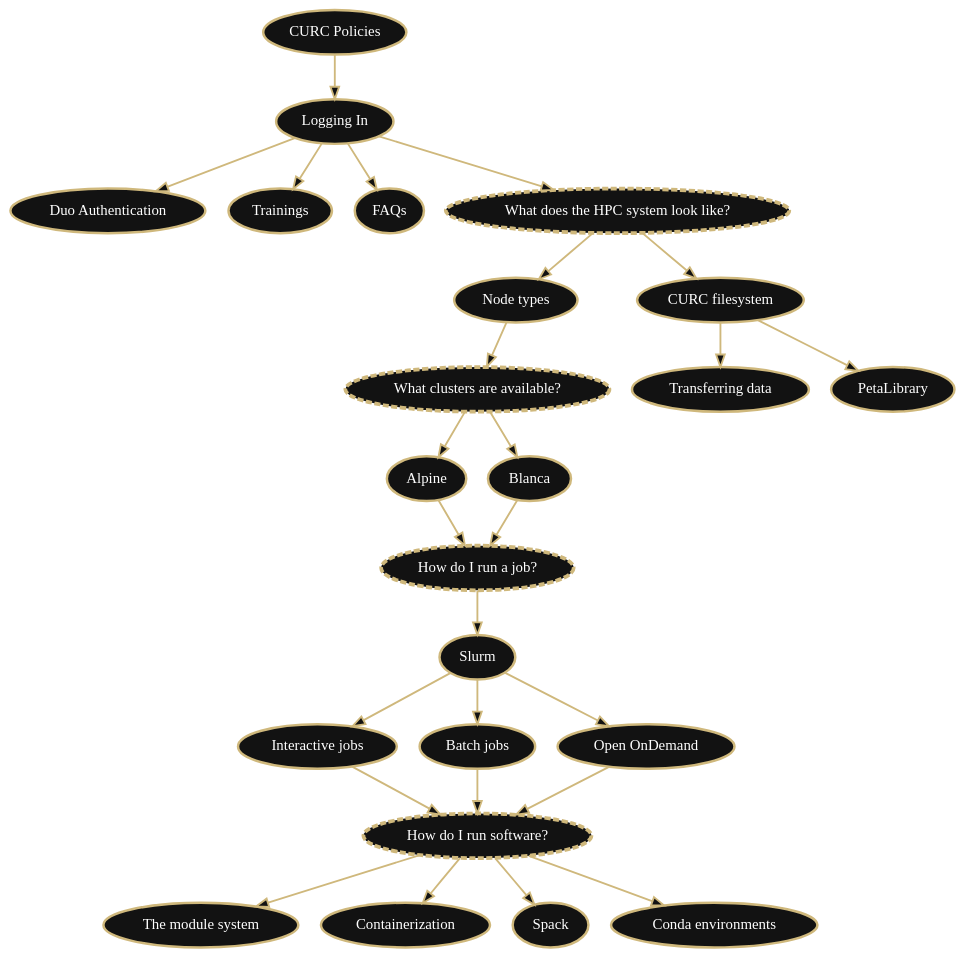
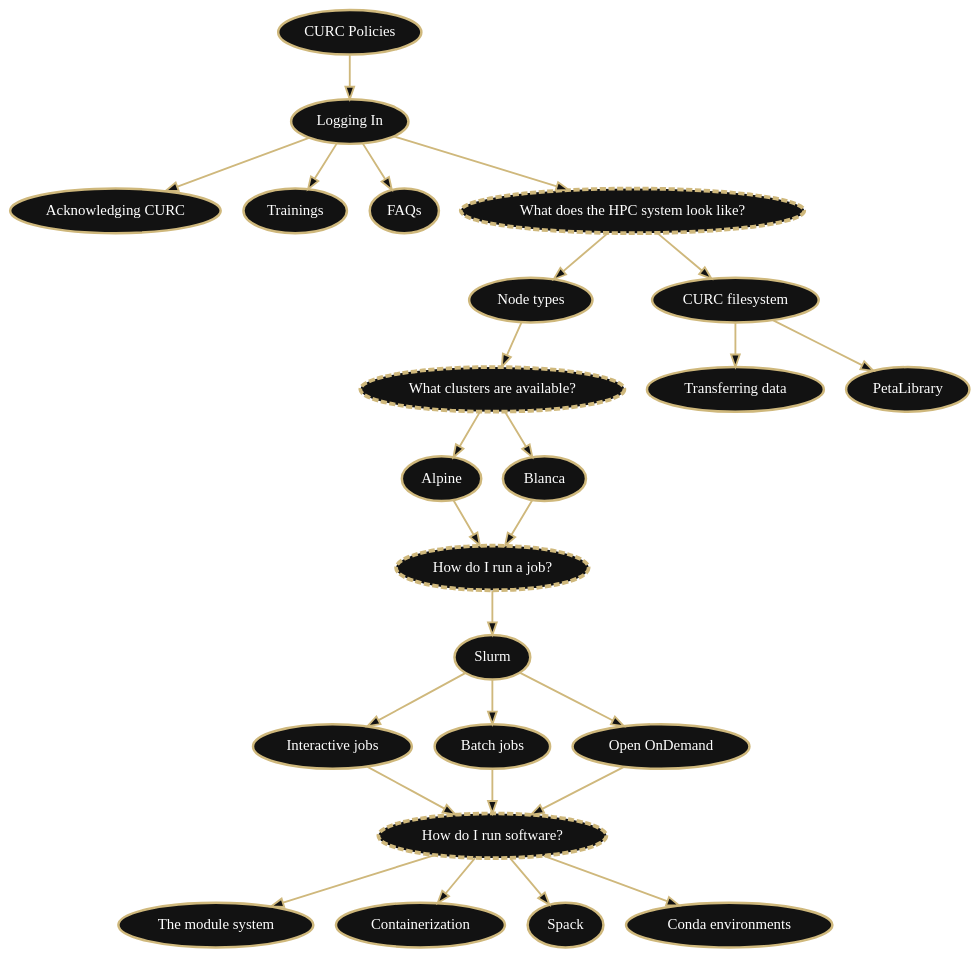
The diagram in igraphviz_flowcharts/dot_files/getting_started_hpc_flowchart.dot (ResearchComputing/Documentation), drawn with Graphviz before and after one commit. The commit also changed 6 other files, not shown here.

Commit message:
rename first heading in index to Getting Started, rename getting_started.md to navigating_docs.md, put tip on logging in page that points to navigating curc docs page, remove duo node on HPC flowchart and replace it with Acknowledging CURC

```diff
--- a/igraphviz_flowcharts/dot_files/getting_started_hpc_flowchart.dot
+++ b/igraphviz_flowcharts/dot_files/getting_started_hpc_flowchart.dot
@@ -1,57 +1,57 @@
 digraph "" {
          bgcolor="transparent";
          ranksep="0.5 equally";
          graph [id="gs-flowchart"];
          node [fontname="Verdana", fontsize="12", color="#CFB87C", style="filled", fillcolor="#121212", penwidth="2", fontcolor="white"];
          edge [color="#CFB87C", fillcolor="#121212", penwidth="1.5"];
 
          policies [label="CURC Policies", href="../additional-resources/policies.html", target="_blank", id="clickable"];
          logging_in [label="Logging In", href="../access/logging-in.html", target="_blank", id="clickable"];
-         duo [label="Duo Authentication", href="../access/duo-2-factor-authentication.html", target="_blank", id="clickable"];
+         ack [label="Acknowledging CURC", href="../access/duo-2-factor-authentication.html", target="_blank", id="clickable"];
          training [label="Trainings", href="../access/logging-in.html", target="_blank", id="clickable"];
          faq [label="FAQs", href="../access/logging-in.html", target="_blank", id="clickable"];
          compute_env [label="What does the HPC system look like?", style="filled,dashed", penwidth="3"];
          running_jobs [label="How do I run a job?", style="filled,dashed", penwidth="3"];
          clusters [label="What clusters are available?", style="filled,dashed", penwidth="3"];
          node_type [label="Node types", href="../compute/node-types.html", target="_blank", id="clickable"];
          filesystem [label="CURC filesystem", href="../compute/filesystems.html", target="_blank", id="clickable"];
          data_transfer [label="Transferring data", href="../compute/data-transfer.html", target="_blank", id="clickable"];
          petalibrary [label="PetaLibrary", href="../storage/petalibrary/index.html", target="_blank", id="clickable"];
          alpine [label="Alpine", href="../clusters/alpine/index.html", target="_blank", id="clickable"];
          blanca [label="Blanca", href="../clusters/blanca/blanca.html", target="_blank", id="clickable"];
          slurm [label="Slurm", href="../running-jobs/job-resources.html", target="_blank", id="clickable"];
          interactive [label="Interactive jobs", href="../running-jobs/interactive-jobs.html", target="_blank", id="clickable"];
          batch [label="Batch jobs", href="../running-jobs/batch-jobs.html", target="_blank", id="clickable"];
          ood [label="Open OnDemand", href="../open_ondemand/index.html", target="_blank", id="clickable"];
          using_software [label="How do I run software?", style="filled,dashed", penwidth="3"];
          modules [label="The module system", href="../compute/modules.html", target="_blank", id="clickable"];
          container [label="Containerization", href="../software/containerization.html", target="_blank", id="clickable"];
          spack [label="Spack", href="../software/spack.html", target="_blank", id="clickable"];
          conda [label="Conda environments", href="../software/python.html", target="_blank", id="clickable"];
 
          policies -> logging_in; 
-         logging_in -> duo; 
+         logging_in -> ack; 
          logging_in -> training;
          logging_in -> faq;
          logging_in -> compute_env;
          compute_env -> node_type;
          compute_env -> filesystem;
          filesystem -> data_transfer;
          filesystem -> petalibrary;
          node_type -> clusters;
          clusters -> alpine;
          clusters -> blanca;
          alpine -> running_jobs;
          blanca -> running_jobs;
          running_jobs -> slurm;
          slurm -> interactive;
          slurm -> batch;
          slurm -> ood;
          interactive -> using_software;
          batch -> using_software;
          ood -> using_software;
          using_software -> modules;
          using_software -> container;
          using_software -> spack;
          using_software -> conda;
      }
```
